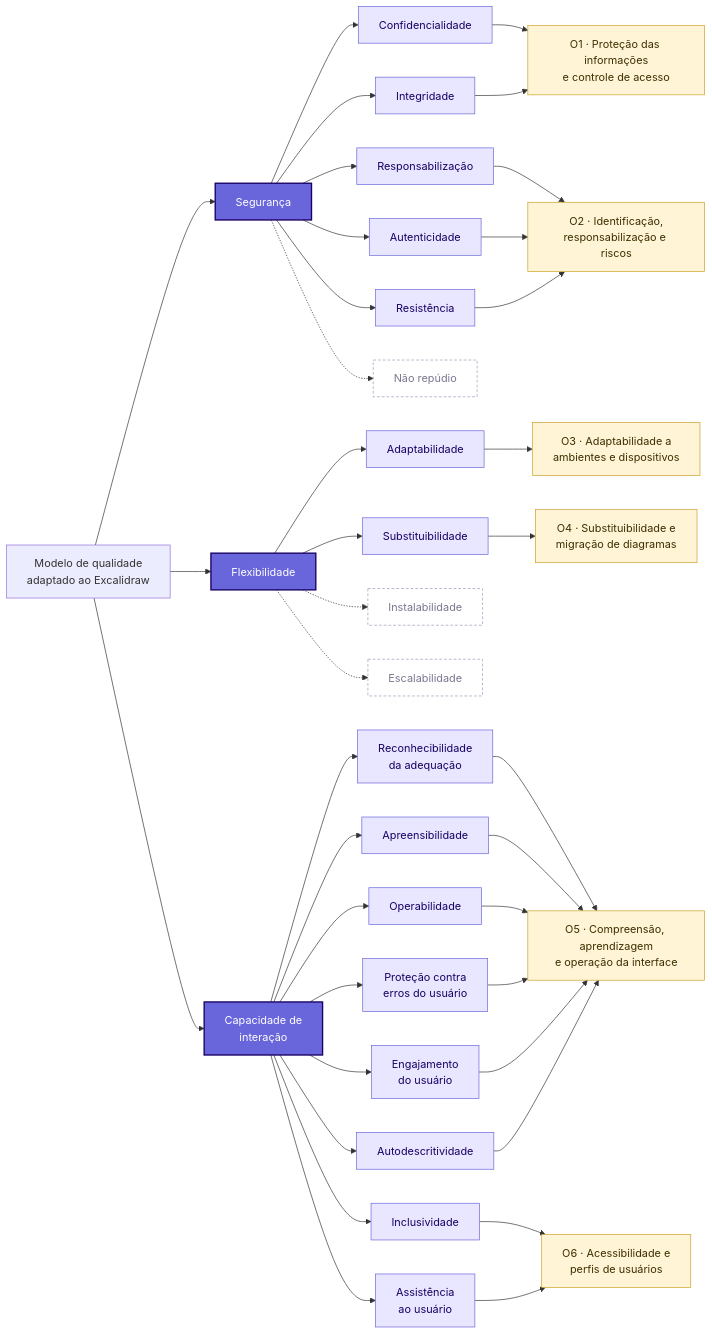
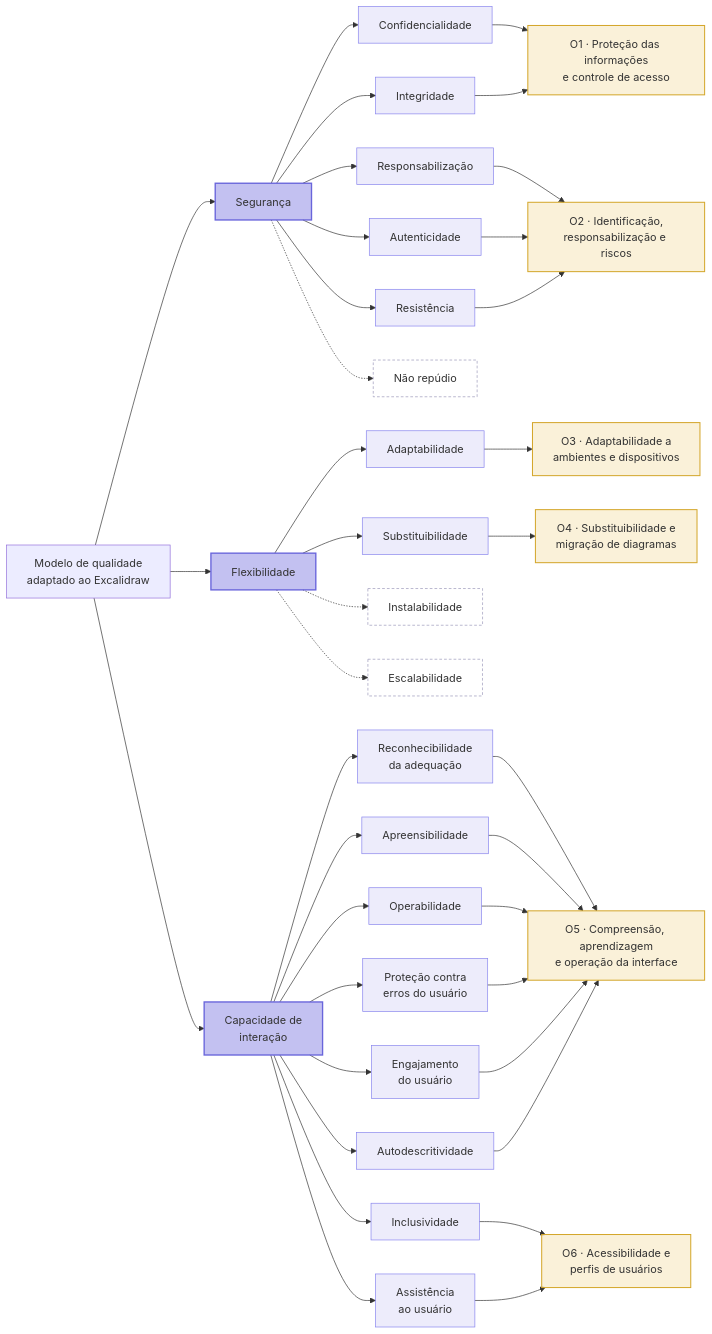
The second of 2 diagrams in docs/fase1/modelo-qualidade.md (FCTE-Qualidade-de-Software-1/2026-2_T02_ADA_LOVELACE), drawn with Mermaid before and after one commit. The commit also changed other lines of this file and 1 other file, not shown here.

Commit message:
fix: ajusta cores dos diagramas para leitura no modo escuro

````diff
--- a/docs/fase1/modelo-qualidade.md
+++ b/docs/fase1/modelo-qualidade.md
@@ -156,45 +156,45 @@
 ```mermaid
 flowchart LR
     M["Modelo de qualidade<br/>adaptado ao Excalidraw"]
 
     M --> SE["Segurança"]
     M --> FL["Flexibilidade"]
     M --> CI["Capacidade de<br/>interação"]
 
     SE --> S1["Confidencialidade"]
     SE --> S2["Integridade"]
     SE --> S3["Responsabilização"]
     SE --> S4["Autenticidade"]
     SE --> S5["Resistência"]
     SE -.-> SX["Não repúdio"]
 
     FL --> F1["Adaptabilidade"]
     FL --> F2["Substituibilidade"]
     FL -.-> FX1["Instalabilidade"]
     FL -.-> FX2["Escalabilidade"]
 
     CI --> C1["Reconhecibilidade<br/>da adequação"]
     CI --> C2["Apreensibilidade"]
     CI --> C3["Operabilidade"]
     CI --> C4["Proteção contra<br/>erros do usuário"]
     CI --> C5["Engajamento<br/>do usuário"]
     CI --> C6["Autodescritividade"]
     CI --> C7["Inclusividade"]
     CI --> C8["Assistência<br/>ao usuário"]
 
     S1 & S2 --> O1["O1 · Proteção das informações<br/>e controle de acesso"]
     S3 & S4 & S5 --> O2["O2 · Identificação,<br/>responsabilização e riscos"]
     F1 --> O3["O3 · Adaptabilidade a<br/>ambientes e dispositivos"]
     F2 --> O4["O4 · Substituibilidade e<br/>migração de diagramas"]
     C1 & C2 & C3 & C4 & C5 & C6 --> O5["O5 · Compreensão, aprendizagem<br/>e operação da interface"]
     C7 & C8 --> O6["O6 · Acessibilidade e<br/>perfis de usuários"]
 
-    classDef car fill:#6965db,stroke:#190064,color:#ffffff,stroke-width:2px
-    classDef sub fill:#e8e7ff,stroke:#6965db,color:#190064
-    classDef obj fill:#fff4d6,stroke:#c9a227,color:#3d2f00
-    classDef out fill:transparent,stroke:#9a97b8,color:#7a7790,stroke-dasharray:4 3
+    classDef car fill:#6965db66,stroke:#6965db,stroke-width:2px
+    classDef sub fill:#6965db1f,stroke:#8884ee
+    classDef obj fill:#e0b0302e,stroke:#d4a72c,stroke-width:1.5px
+    classDef out fill:transparent,stroke:#9a97b8,stroke-dasharray:4 3
     class SE,FL,CI car
     class S1,S2,S3,S4,S5,F1,F2,C1,C2,C3,C4,C5,C6,C7,C8 sub
     class O1,O2,O3,O4,O5,O6 obj
     class SX,FX1,FX2 out
 ```
````
